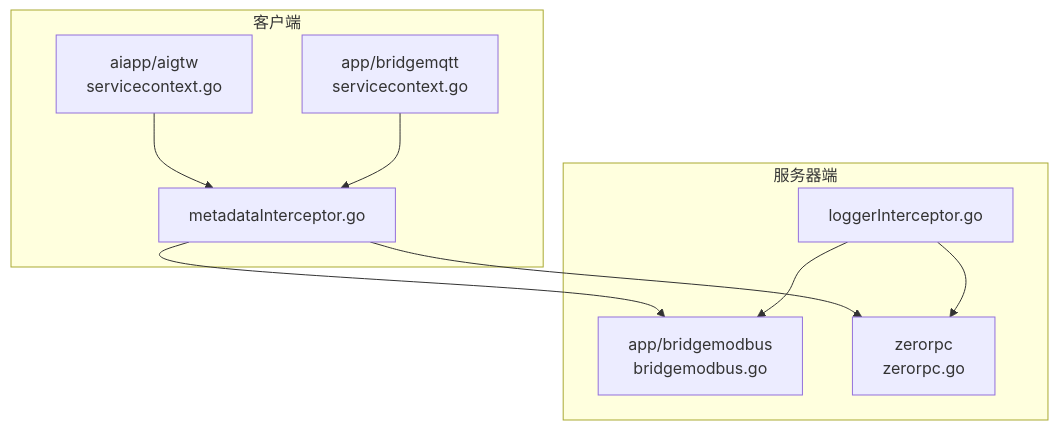
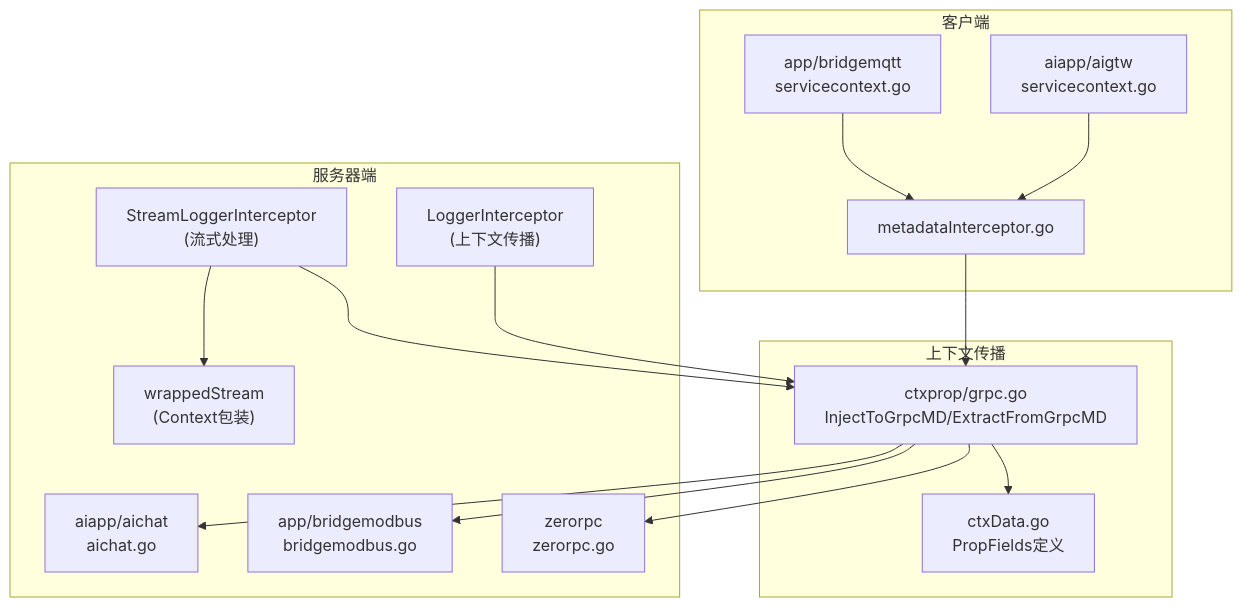
One commit to maomao94/zero-service changed the first of 6 diagrams in .qoder/repowiki/zh/content/系统架构设计/服务通信机制/gRPC高性能RPC通信/gRPC拦截器实现.md. Above: the diagram before and after it, drawn with Mermaid. The commit also changed other lines of this file and 19 other files, not shown here.

````diff
--- a/.qoder/repowiki/zh/content/系统架构设计/服务通信机制/gRPC高性能RPC通信/gRPC拦截器实现.md
+++ b/.qoder/repowiki/zh/content/系统架构设计/服务通信机制/gRPC高性能RPC通信/gRPC拦截器实现.md
@@ -44,19 +58,30 @@
 ```mermaid
 graph TB
 subgraph "客户端"
 C1["aiapp/aigtw<br/>servicecontext.go"]
 C2["app/bridgemqtt<br/>servicecontext.go"]
 M["metadataInterceptor.go"]
 end
+subgraph "上下文传播"
+CTX["ctxprop/grpc.go<br/>InjectToGrpcMD/ExtractFromGrpcMD"]
+FIELDS["ctxData.go<br/>PropFields定义"]
+end
 subgraph "服务器端"
-S1["app/bridgemodbus<br/>bridgemodbus.go"]
-S2["zerorpc<br/>zerorpc.go"]
-L["loggerInterceptor.go"]
+S1["aiapp/aichat<br/>aichat.go"]
+S2["app/bridgemodbus<br/>bridgemodbus.go"]
+S3["zerorpc<br/>zerorpc.go"]
+L["LoggerInterceptor<br/>(上下文传播)"]
+SL["StreamLoggerInterceptor<br/>(流式处理)"]
+WS["wrappedStream<br/>(Context包装)"]
 end
 C1 --> M
 C2 --> M
-M --> S1
-M --> S2
-L --> S1
-L --> S2
+M --> CTX
+CTX --> FIELDS
+L --> CTX
+SL --> CTX
+SL --> WS
+CTX --> S1
+CTX --> S2
+CTX --> S3
 ```
````
